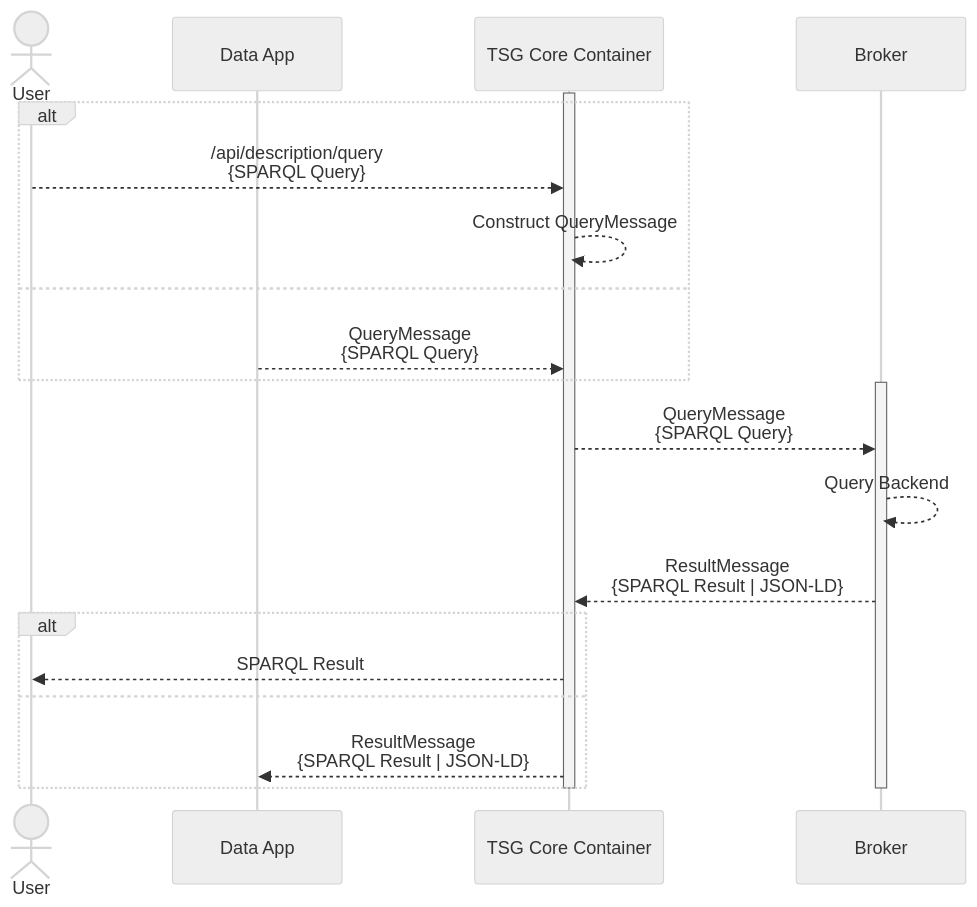
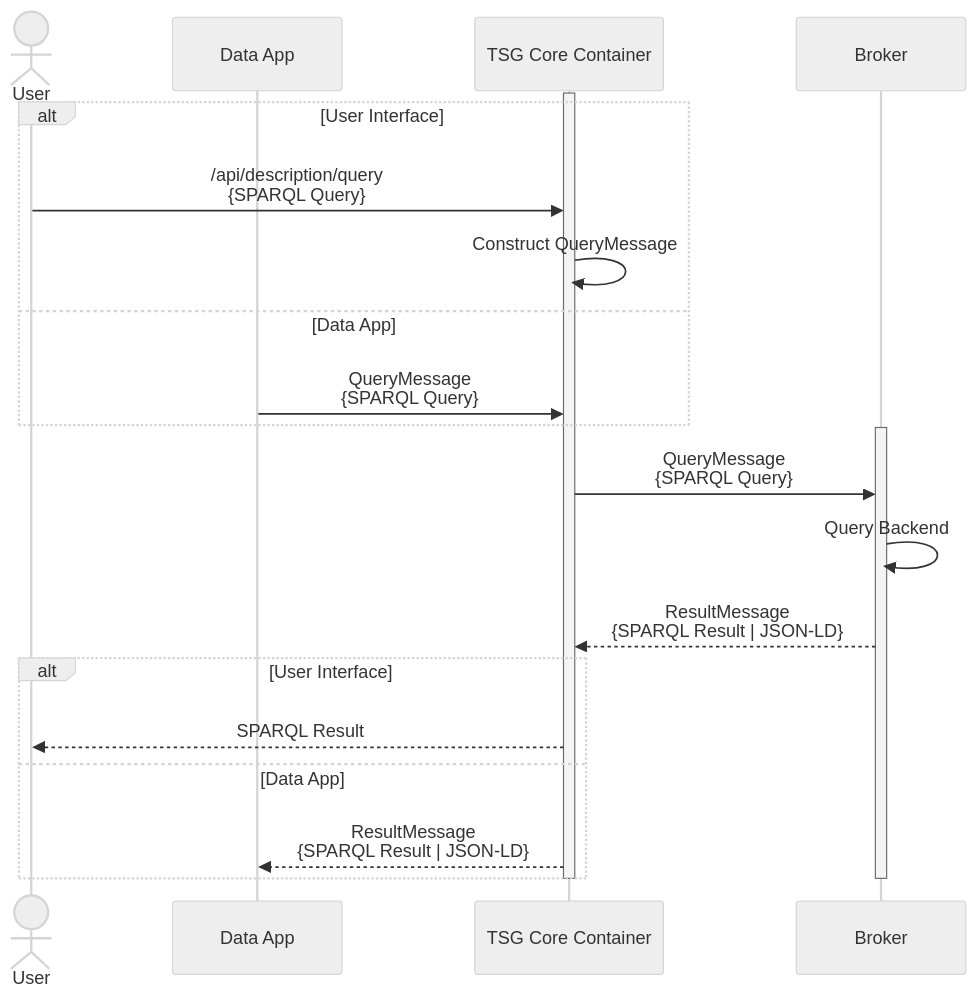
Before and after one commit to TNO-TSG/documentation: the second of 6 diagrams in _docs/communication/message-flows.md, drawn with Mermaid (neutral theme). The commit also changed other lines of this file and 1 other file, not shown here.

Commit message:
Fix diagrams & updated loop style

```diff
--- a/_docs/communication/message-flows.md
+++ b/_docs/communication/message-flows.md
@@ -44,25 +44,25 @@
 <div class="mermaid">
 sequenceDiagram
     actor User
     participant DA as Data App
     participant TSG as TSG Core Container
     participant Broker as Broker
     activate TSG
-    alt
-    User-->>TSG: /api/description/query<br />{SPARQL Query}
-    TSG-->>TSG: Construct QueryMessage
-    else
-    DA-->>TSG: QueryMessage<br />{SPARQL Query}
+    alt User Interface
+    User->>TSG: /api/description/query<br />{SPARQL Query}
+    TSG->>TSG: Construct QueryMessage
+    else Data App
+    DA->>TSG: QueryMessage<br />{SPARQL Query}
     end
     activate Broker
-    TSG-->>Broker: QueryMessage<br />{SPARQL Query}
-    Broker-->>Broker: Query Backend
+    TSG->>Broker: QueryMessage<br />{SPARQL Query}
+    Broker->>Broker: Query Backend
     Broker-->>TSG: ResultMessage<br />{SPARQL Result | JSON-LD}
-    alt
+    alt User Interface
     TSG-->>User: SPARQL Result
-    else
+    else Data App
     TSG-->>DA: ResultMessage<br />{SPARQL Result | JSON-LD}
     end
     deactivate Broker 
     deactivate TSG
 </div>
```
